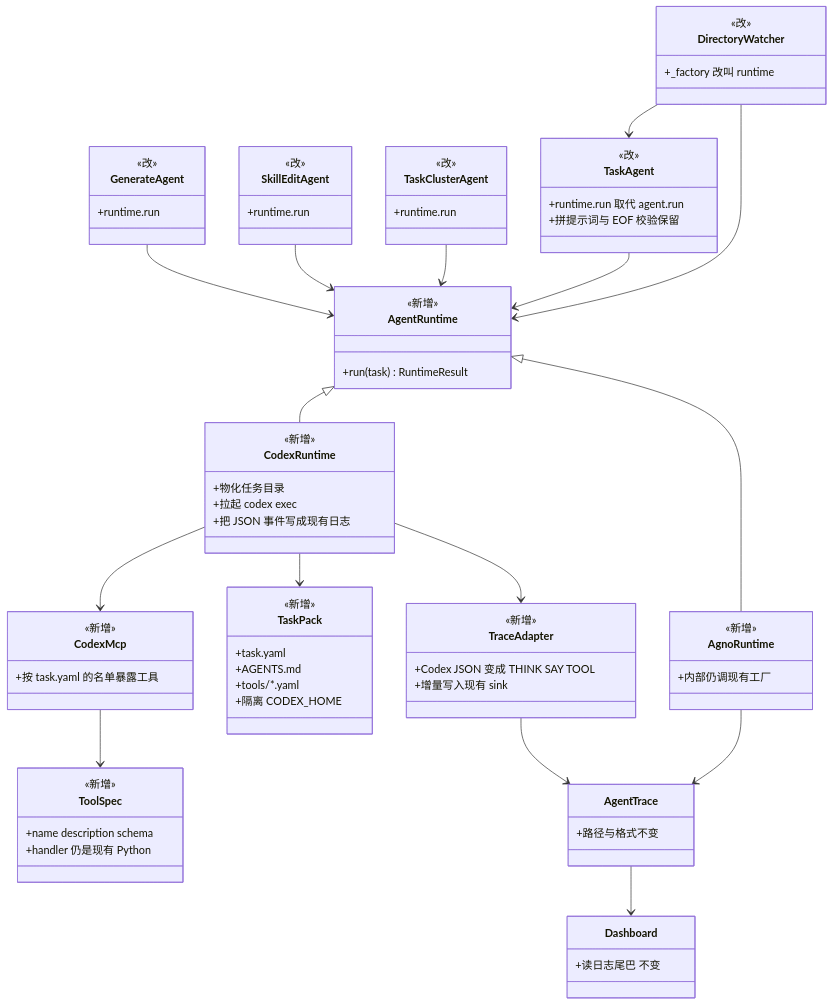
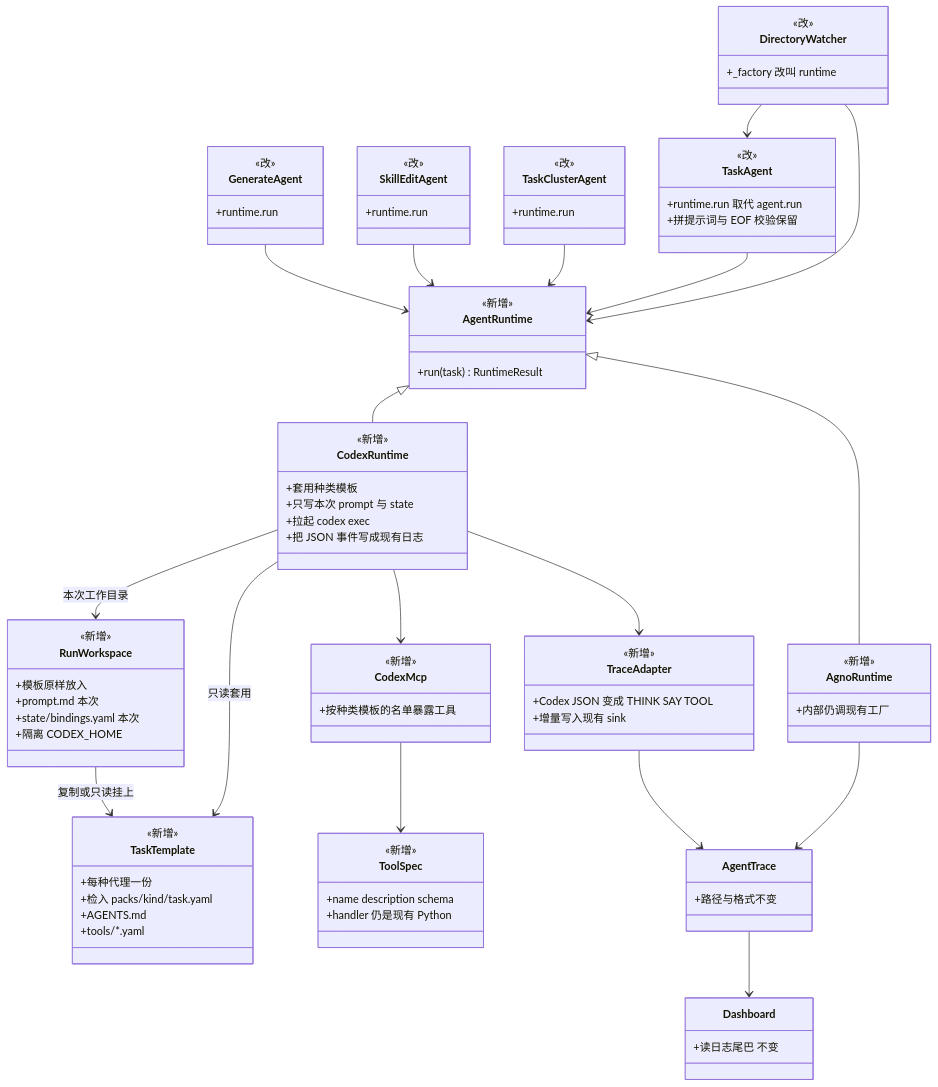
The second of 6 diagrams in docs/plans/2026-09-01-codex-execution-kernel.md (SkillNerds/xskill), drawn with Mermaid before and after one commit. The commit also changed other lines of this file, not shown here.

First line of the commit message:
docs: 写明 task.yaml 是种类模板不是每次运行的实例

```diff
--- a/docs/plans/2026-09-01-codex-execution-kernel.md
+++ b/docs/plans/2026-09-01-codex-execution-kernel.md
@@ -188,15 +188,23 @@
     }
     class CodexRuntime {
         <<新增>>
-        +物化任务目录
+        +套用种类模板
+        +只写本次 prompt 与 state
         +拉起 codex exec
         +把 JSON 事件写成现有日志
     }
-    class TaskPack {
+    class TaskTemplate {
         <<新增>>
-        +task.yaml
+        +每种代理一份
+        +检入 packs/kind/task.yaml
         +AGENTS.md
         +tools/*.yaml
+    }
+    class RunWorkspace {
+        <<新增>>
+        +模板原样放入
+        +prompt.md 本次
+        +state/bindings.yaml 本次
         +隔离 CODEX_HOME
     }
     class ToolSpec {
@@ -206,7 +214,7 @@
     }
     class CodexMcp {
         <<新增>>
-        +按 task.yaml 的名单暴露工具
+        +按种类模板的名单暴露工具
     }
     class TraceAdapter {
         <<新增>>
@@ -228,7 +236,9 @@
     GenerateAgent --> AgentRuntime
     AgentRuntime <|-- AgnoRuntime
     AgentRuntime <|-- CodexRuntime
-    CodexRuntime --> TaskPack
+    CodexRuntime --> TaskTemplate : 只读套用
+    CodexRuntime --> RunWorkspace : 本次工作目录
+    RunWorkspace --> TaskTemplate : 复制或只读挂上
     CodexRuntime --> CodexMcp
     CodexRuntime --> TraceAdapter
     AgnoRuntime --> AgentTrace
```
